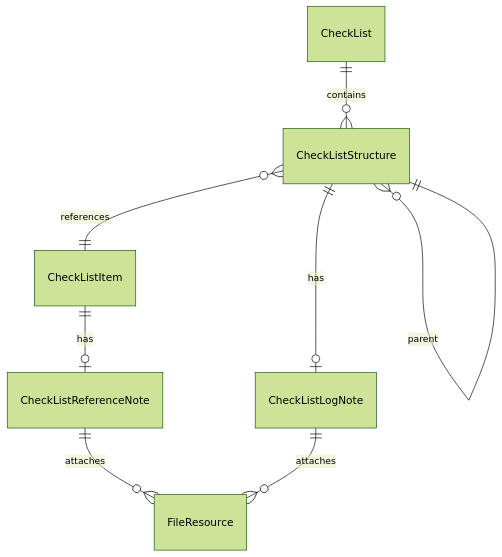
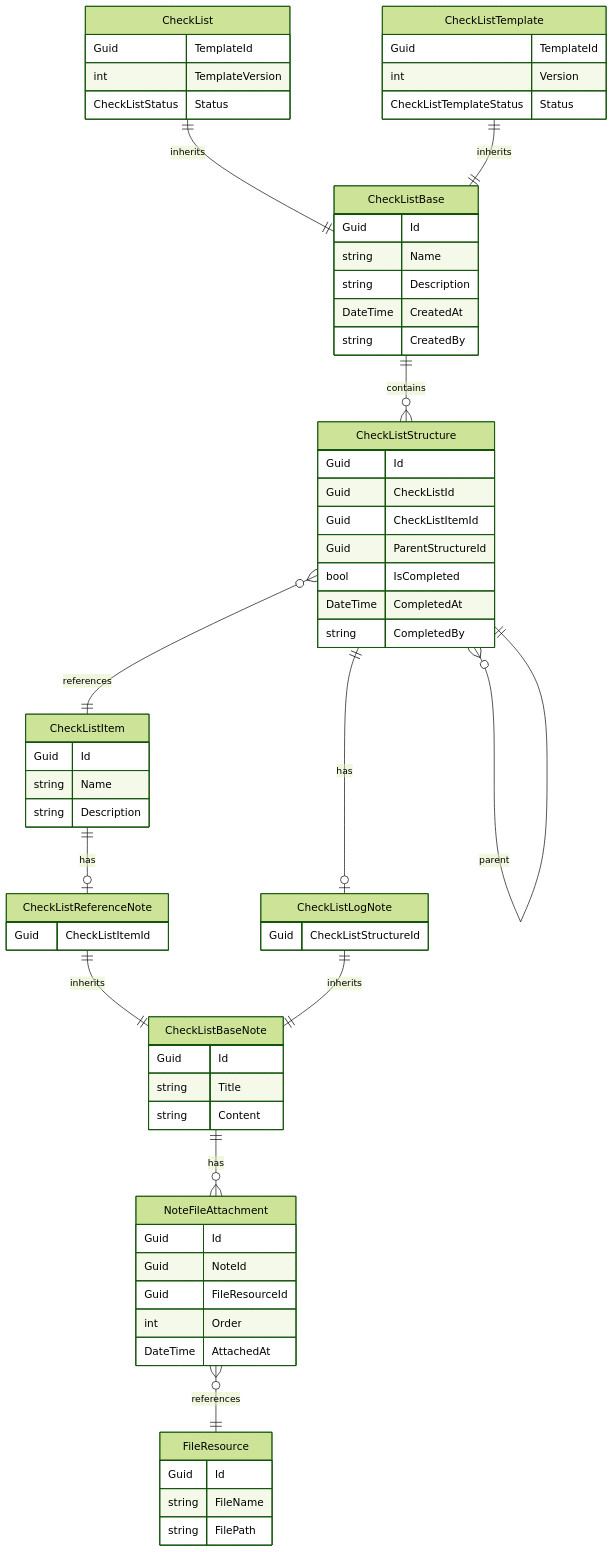
Before and after one commit to RevTechStudio/Listory: the diagram in docs/Listory_Entity_Design.md, drawn with Mermaid (forest theme). The commit also changed other lines of this file, not shown here.

Commit message:
docs: Enhance entity design by introducing abstract base classes and improving structure for checklist and note entities

````diff
--- a/docs/Listory_Entity_Design.md
+++ b/docs/Listory_Entity_Design.md
@@ -22,11 +20,79 @@
 ```mermaid
 erDiagram
-    CheckList ||--o{ CheckListStructure : contains
+    CheckListBase ||--o{ CheckListStructure : contains
+    CheckList ||--|| CheckListBase : inherits
+    CheckListTemplate ||--|| CheckListBase : inherits
     CheckListStructure ||--o{ CheckListStructure : has_children
     CheckListStructure }o--|| CheckListStructure : parent
     CheckListStructure }o--|| CheckListItem : references
+    CheckListStructure ||--o| CheckListLogNote : has
     CheckListItem ||--o| CheckListReferenceNote : has
-    CheckListStructure ||--o| CheckListLogNote : has
-    CheckListReferenceNote ||--o{ FileResource : attaches
-    CheckListLogNote ||--o{ FileResource : attaches
+    CheckListBaseNote ||--o{ NoteFileAttachment : has
+    CheckListReferenceNote ||--|| CheckListBaseNote : inherits
+    CheckListLogNote ||--|| CheckListBaseNote : inherits
+    NoteFileAttachment }o--|| FileResource : references
+
+    CheckListBase {
+        Guid Id
+        string Name
+        string Description
+        DateTime CreatedAt
+        string CreatedBy
+    }
+
+    CheckList {
+        Guid TemplateId
+        int TemplateVersion
+        CheckListStatus Status
+    }
+
+    CheckListTemplate {
+        Guid TemplateId
+        int Version
+        CheckListTemplateStatus Status
+    }
+
+    CheckListStructure {
+        Guid Id
+        Guid CheckListId
+        Guid CheckListItemId
+        Guid ParentStructureId
+        bool IsCompleted
+        DateTime CompletedAt
+        string CompletedBy
+    }
+
+    CheckListItem {
+        Guid Id
+        string Name
+        string Description
+    }
+
+    CheckListBaseNote {
+        Guid Id
+        string Title
+        string Content
+    }
+
+    CheckListReferenceNote {
+        Guid CheckListItemId
+    }
+
+    CheckListLogNote {
+        Guid CheckListStructureId
+    }
+
+    NoteFileAttachment {
+        Guid Id
+        Guid NoteId
+        Guid FileResourceId
+        int Order
+        DateTime AttachedAt
+    }
+
+    FileResource {
+        Guid Id
+        string FileName
+        string FilePath
+    }
 ```
````
